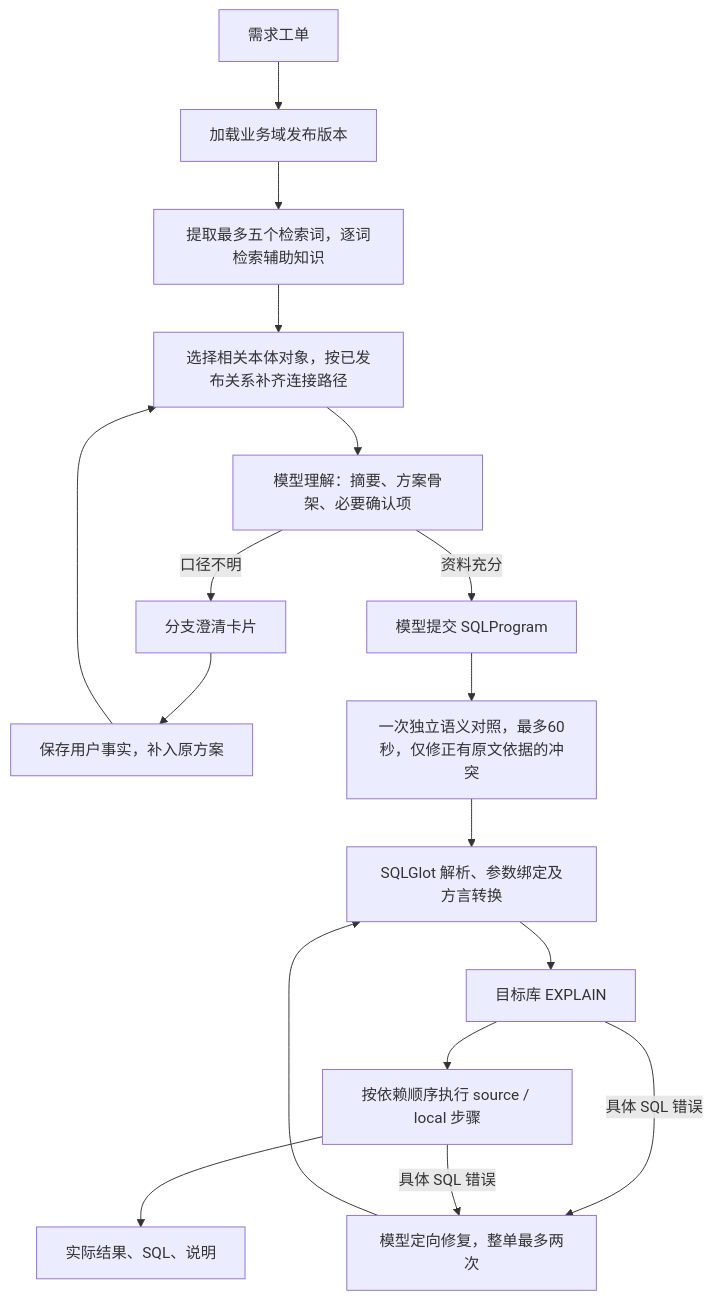
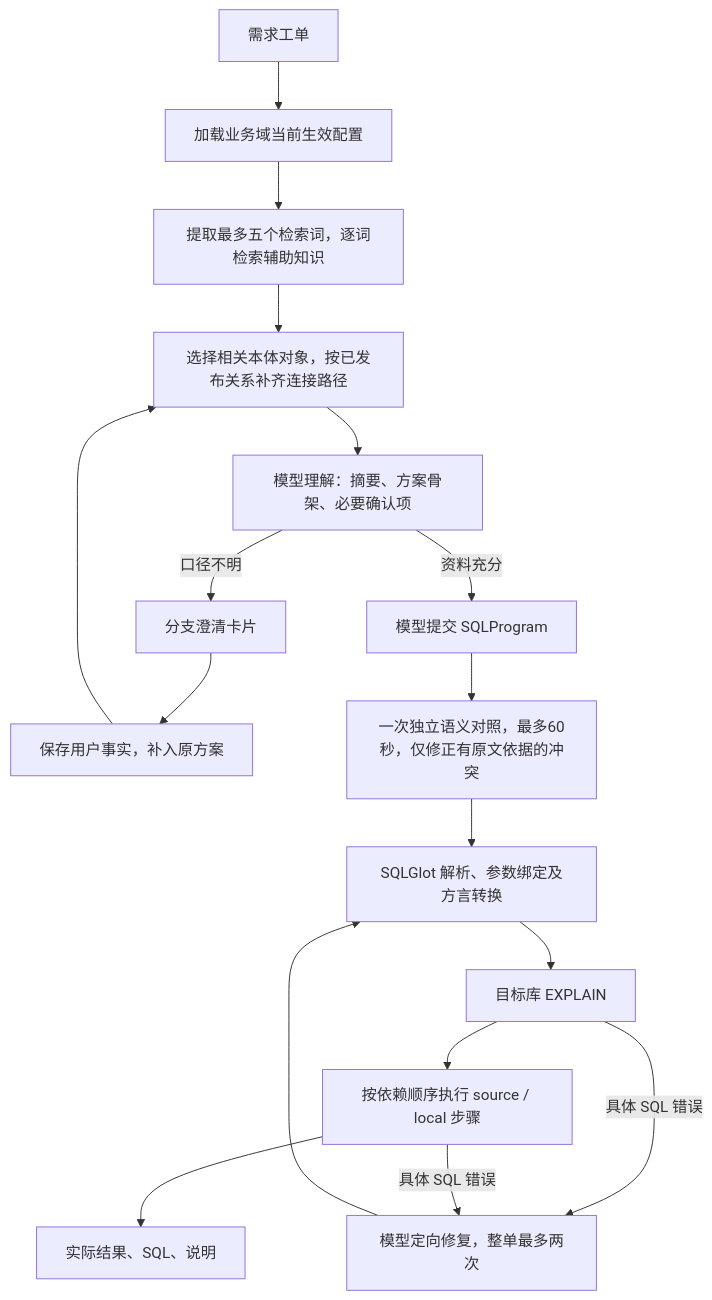
The diagram in docs/sql-generation-mvp.md (aikernix/semora), drawn with Mermaid before and after one commit. The commit also changed other lines of this file and 78 other files, not shown here.

````diff
--- a/docs/sql-generation-mvp.md
+++ b/docs/sql-generation-mvp.md
@@ -5,19 +5,19 @@
 ```mermaid
 flowchart TD
-    A[需求工单] --> B[加载业务域发布版本]
+    A[需求工单] --> B[加载业务域当前生效配置]
     B --> C[提取最多五个检索词，逐词检索辅助知识]
     C --> D[选择相关本体对象，按已发布关系补齐连接路径]
     D --> E[模型理解：摘要、方案骨架、必要确认项]
     E -->|口径不明| F[分支澄清卡片]
     F --> G[保存用户事实，补入原方案]
     G --> D
     E -->|资料充分| H
     H[模型提交 SQLProgram] --> R[一次独立语义对照，最多60秒，仅修正有原文依据的冲突]
     R --> I[SQLGlot 解析、参数绑定及方言转换]
     I --> J[目标库 EXPLAIN]
     J --> K[按依赖顺序执行 source / local 步骤]
     J -->|具体 SQL 错误| L[模型定向修复，整单最多两次]
     K -->|具体 SQL 错误| L
     L --> I
     K --> M[实际结果、SQL、说明]
 ```
````
